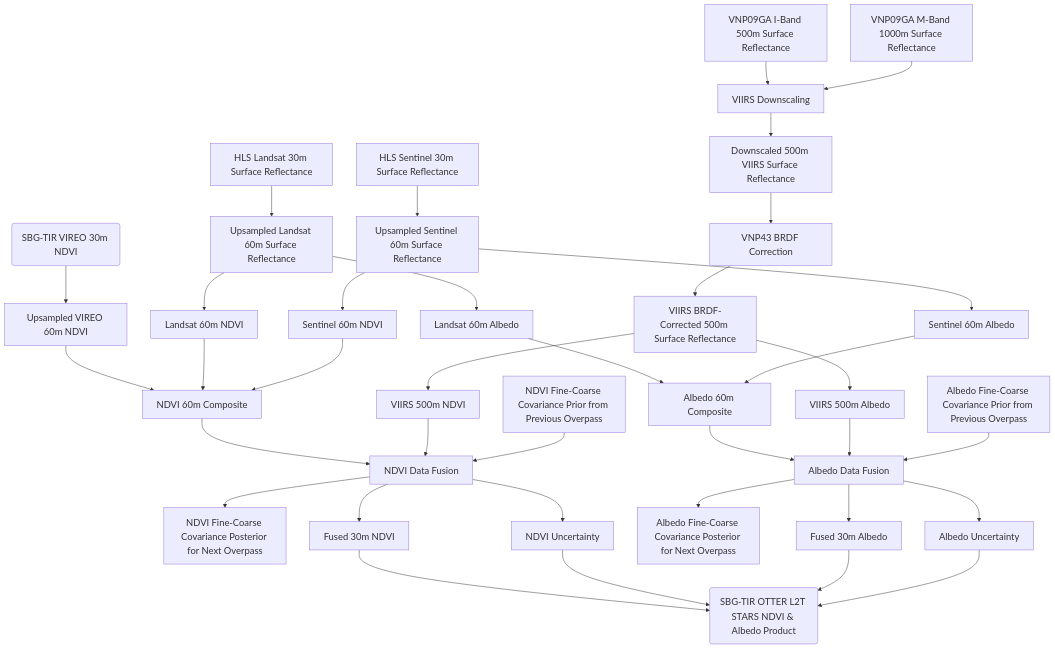
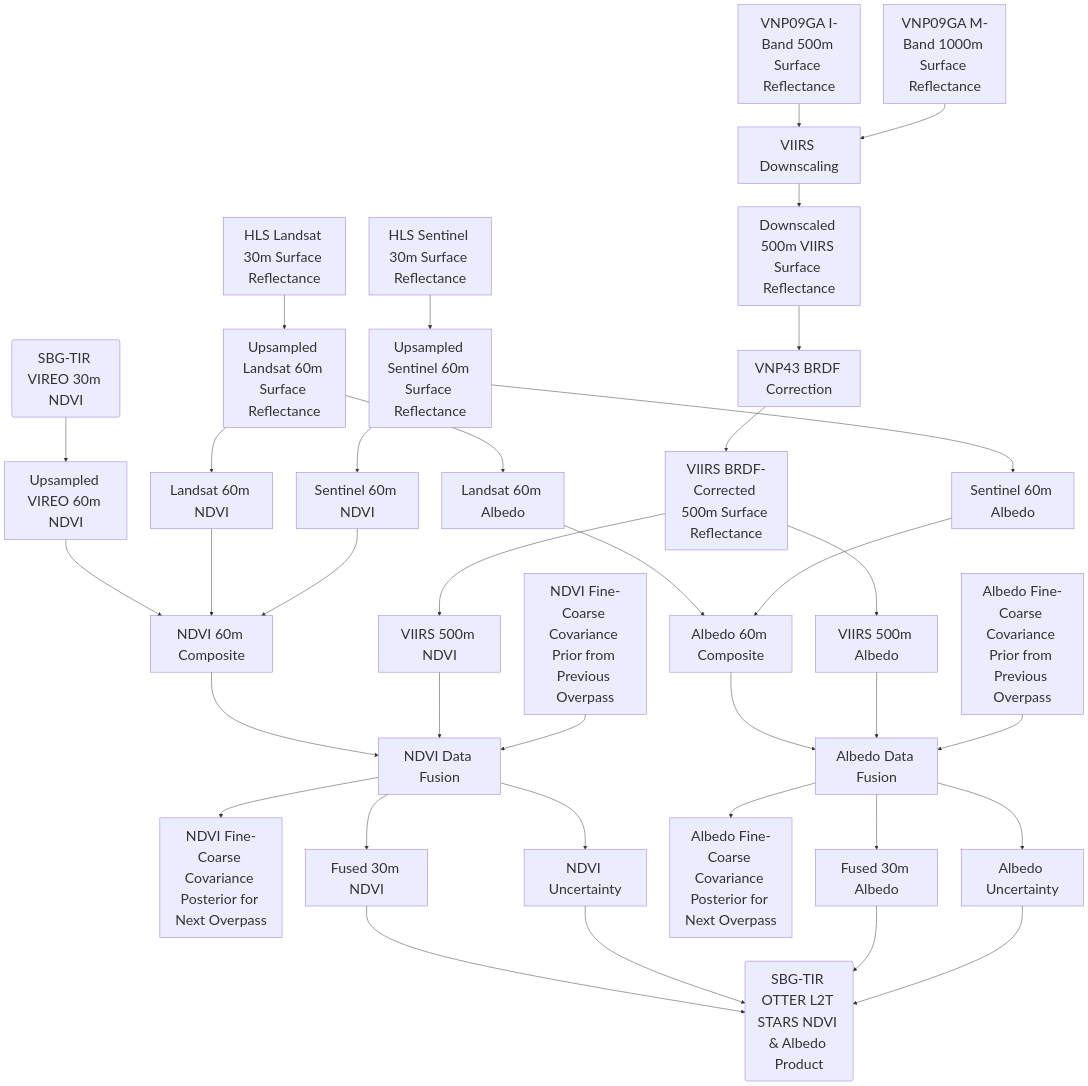
The diagram in README.md (sbg-tir/SBG-TIR-L2-STARS), drawn with Mermaid before and after one commit.

````diff
--- a/README.md
+++ b/README.md
@@ -57,6 +57,6 @@
 ```mermaid
 flowchart TB
-    classDef bigFont font-size:20px;
+    classDef bigFont font-size:30px;
 
     VIREO_NDVI(SBG-TIR VIREO 30m NDVI)
     VIREO_upsampled[Upsampled VIREO 60m NDVI]
````
